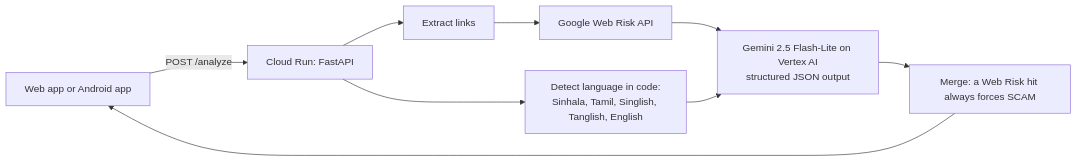
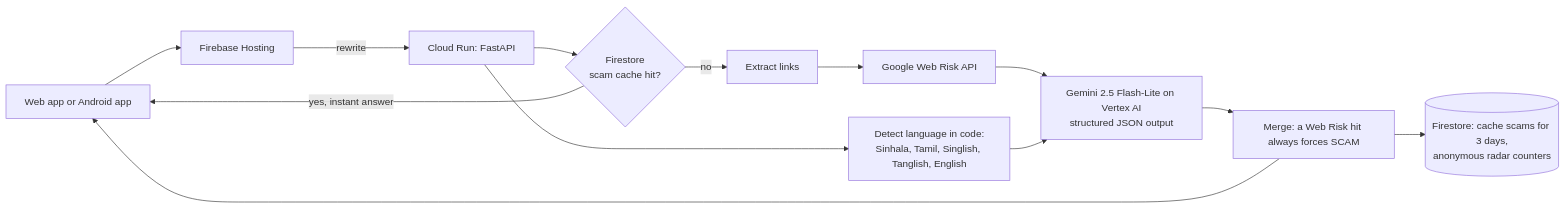
One commit to amalskr/shield-ai changed the diagram in README.md. Above: the diagram before and after it, drawn with Mermaid. The commit also changed other lines of this file and 10 other files, not shown here.

Commit message:
Firestore scam cache, Scam radar, Firebase Hosting

````diff
--- a/README.md
+++ b/README.md
@@ -37,11 +39,15 @@
 ```mermaid
 flowchart LR
-    U[Web app or Android app] -->|POST /analyze| R[Cloud Run: FastAPI]
-    R --> L[Extract links]
+    U[Web app or Android app] --> H[Firebase Hosting]
+    H -->|rewrite| R[Cloud Run: FastAPI]
+    R --> C{Firestore<br>scam cache hit?}
+    C -->|yes, instant answer| U
+    C -->|no| L[Extract links]
     L --> W[Google Web Risk API]
     R --> D[Detect language in code:<br>Sinhala, Tamil, Singlish, Tanglish, English]
     W --> G[Gemini 2.5 Flash-Lite on Vertex AI<br>structured JSON output]
     D --> G
     G --> M[Merge: a Web Risk hit always forces SCAM]
+    M --> F[(Firestore: cache scams for 3 days,<br>anonymous radar counters)]
     M --> U
 ```
````
